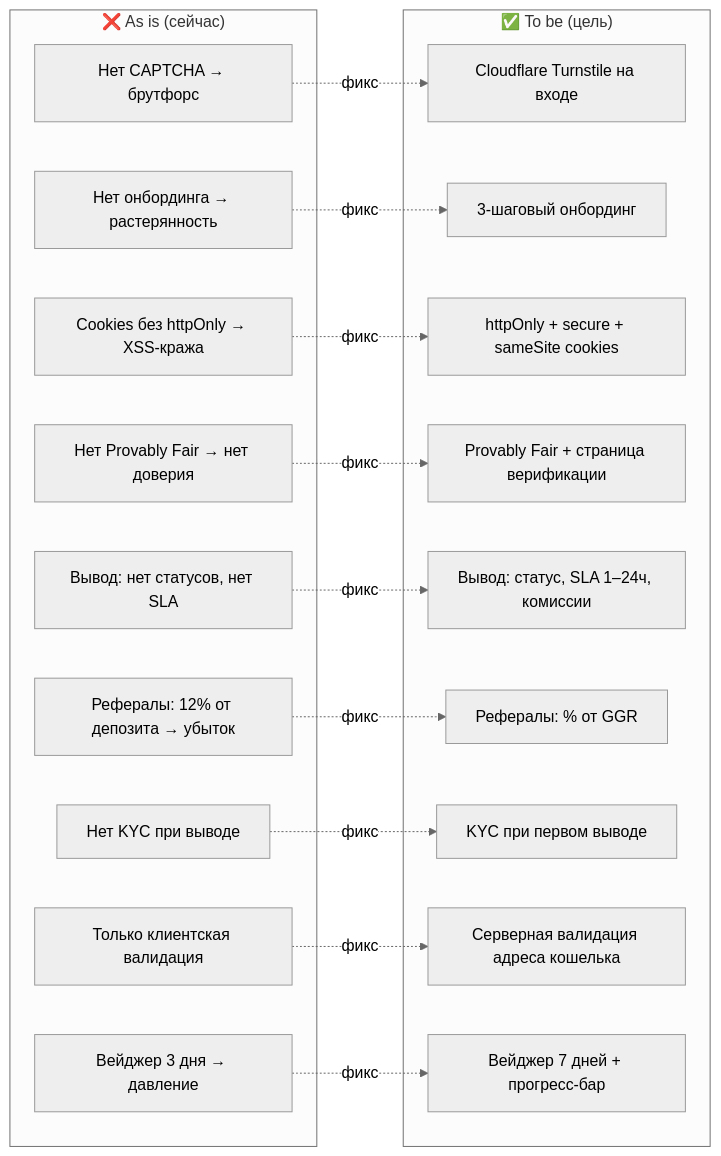
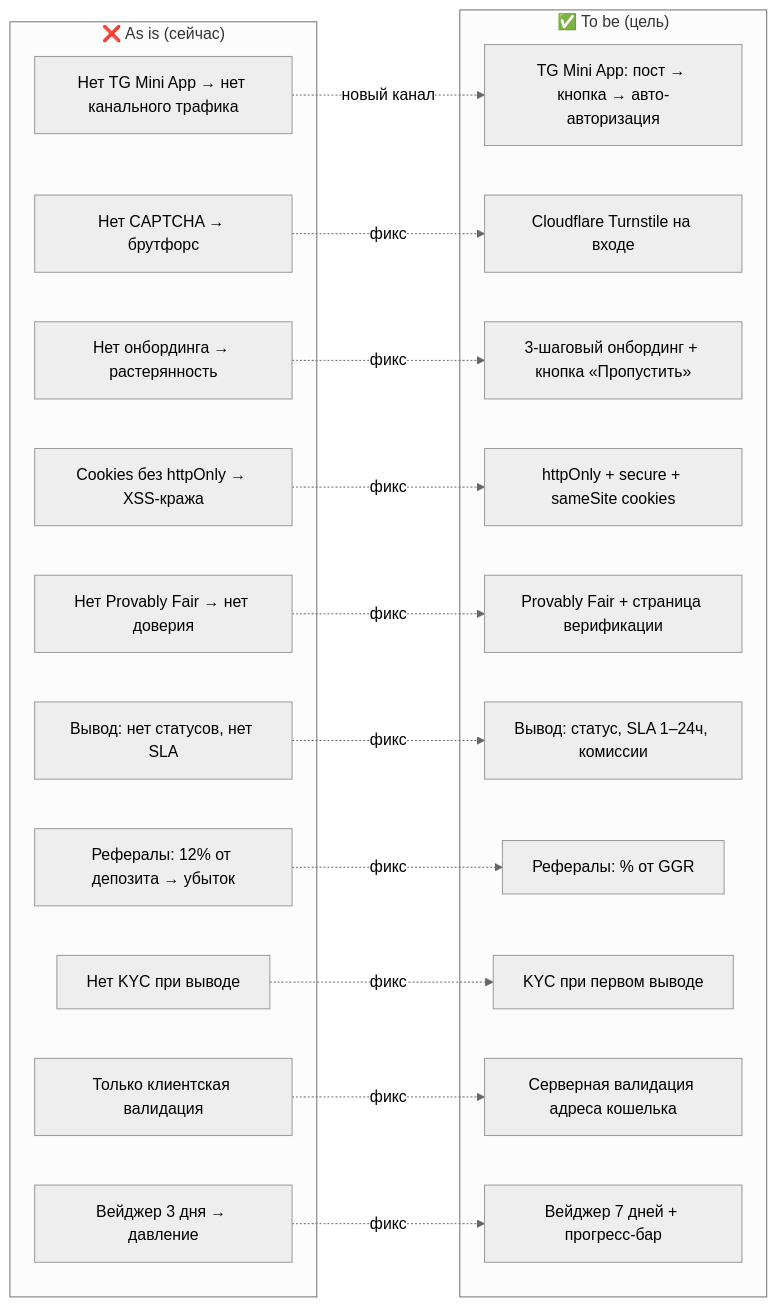
The second of 3 diagrams in CJM_to_be.md (Alienwave1308/cyberbox-audit), drawn with Mermaid (neutral theme) before and after one commit. The commit also changed other lines of this file, not shown here.

First line of the commit message:
Add Telegram Mini App entry point to CJM_to_be

````diff
--- a/CJM_to_be.md
+++ b/CJM_to_be.md
@@ -91,36 +102,39 @@
 ```mermaid
 flowchart LR
     subgraph AS_IS["❌ As is (сейчас)"]
+        A0[Нет TG Mini App → нет канального трафика]
         A1[Нет CAPTCHA → брутфорс]
         A2[Нет онбординга → растерянность]
         A3[Cookies без httpOnly → XSS-кража]
         A4[Нет Provably Fair → нет доверия]
         A5[Вывод: нет статусов, нет SLA]
         A6[Рефералы: 12% от депозита → убыток]
         A7[Нет KYC при выводе]
         A8[Только клиентская валидация]
         A9[Вейджер 3 дня → давление]
     end
 
     subgraph TO_BE["✅ To be (цель)"]
+        B0[TG Mini App: пост → кнопка → авто-авторизация]
         B1[Cloudflare Turnstile на входе]
-        B2[3-шаговый онбординг]
+        B2[3-шаговый онбординг + кнопка «Пропустить»]
         B3[httpOnly + secure + sameSite cookies]
         B4[Provably Fair + страница верификации]
         B5[Вывод: статус, SLA 1–24ч, комиссии]
         B6[Рефералы: % от GGR]
         B7[KYC при первом выводе]
         B8[Серверная валидация адреса кошелька]
         B9[Вейджер 7 дней + прогресс-бар]
     end
 
+    A0 -.->|новый канал| B0
     A1 -.->|фикс| B1
     A2 -.->|фикс| B2
     A3 -.->|фикс| B3
     A4 -.->|фикс| B4
     A5 -.->|фикс| B5
     A6 -.->|фикс| B6
     A7 -.->|фикс| B7
     A8 -.->|фикс| B8
     A9 -.->|фикс| B9
 ```
````
